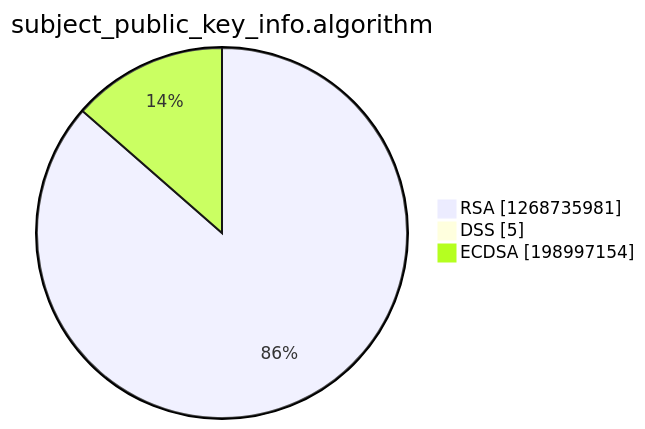
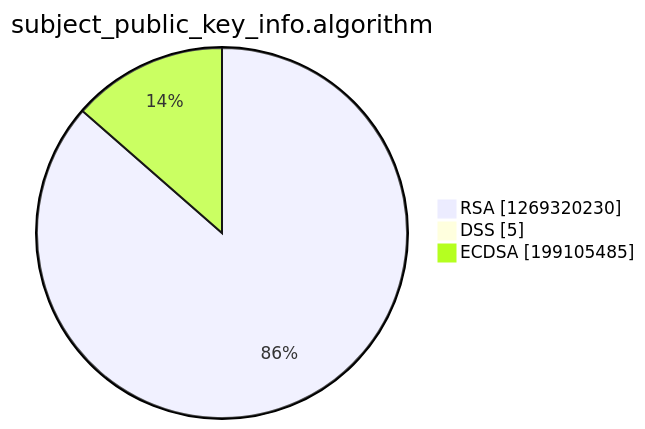
The third of 15 diagrams in argon2022/README.md (christiankrug/ctmonitor_visualization), drawn with Mermaid before and after one commit. The commit also changed other lines of this file, not shown here.

````diff
--- a/argon2022/README.md
+++ b/argon2022/README.md
@@ -14,7 +14,7 @@
 ```mermaid
 pie showData
 title subject_public_key_info.algorithm
-"RSA" :1268735981
+"RSA" :1269320230
 "DSS" :5
-"ECDSA" :198997154
+"ECDSA" :199105485
 ```
````
